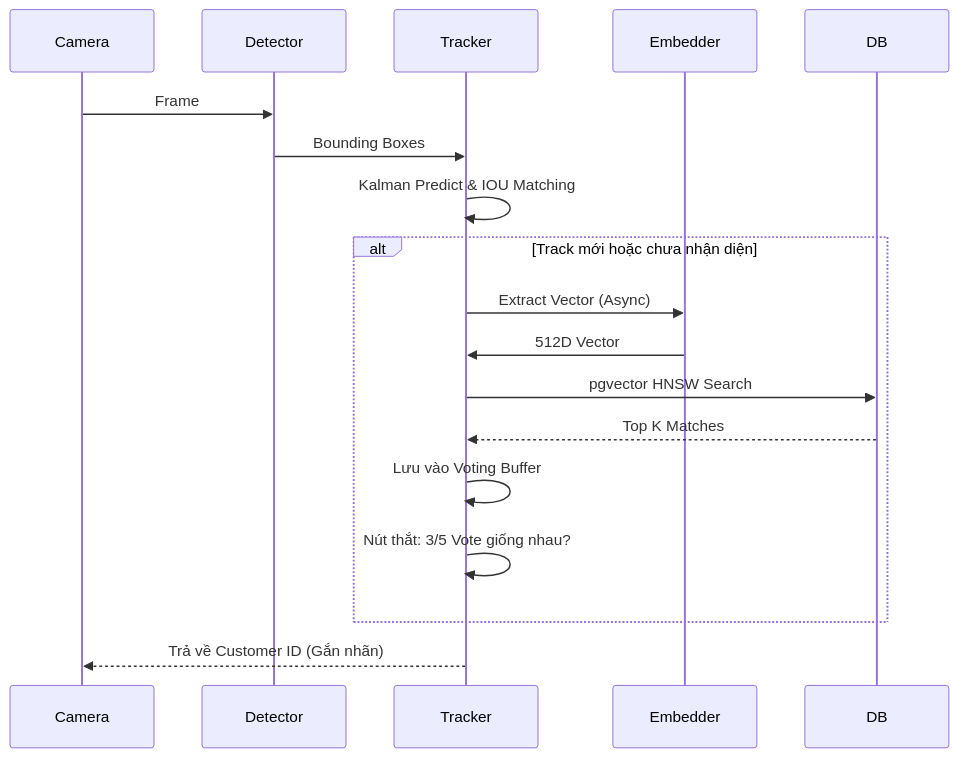
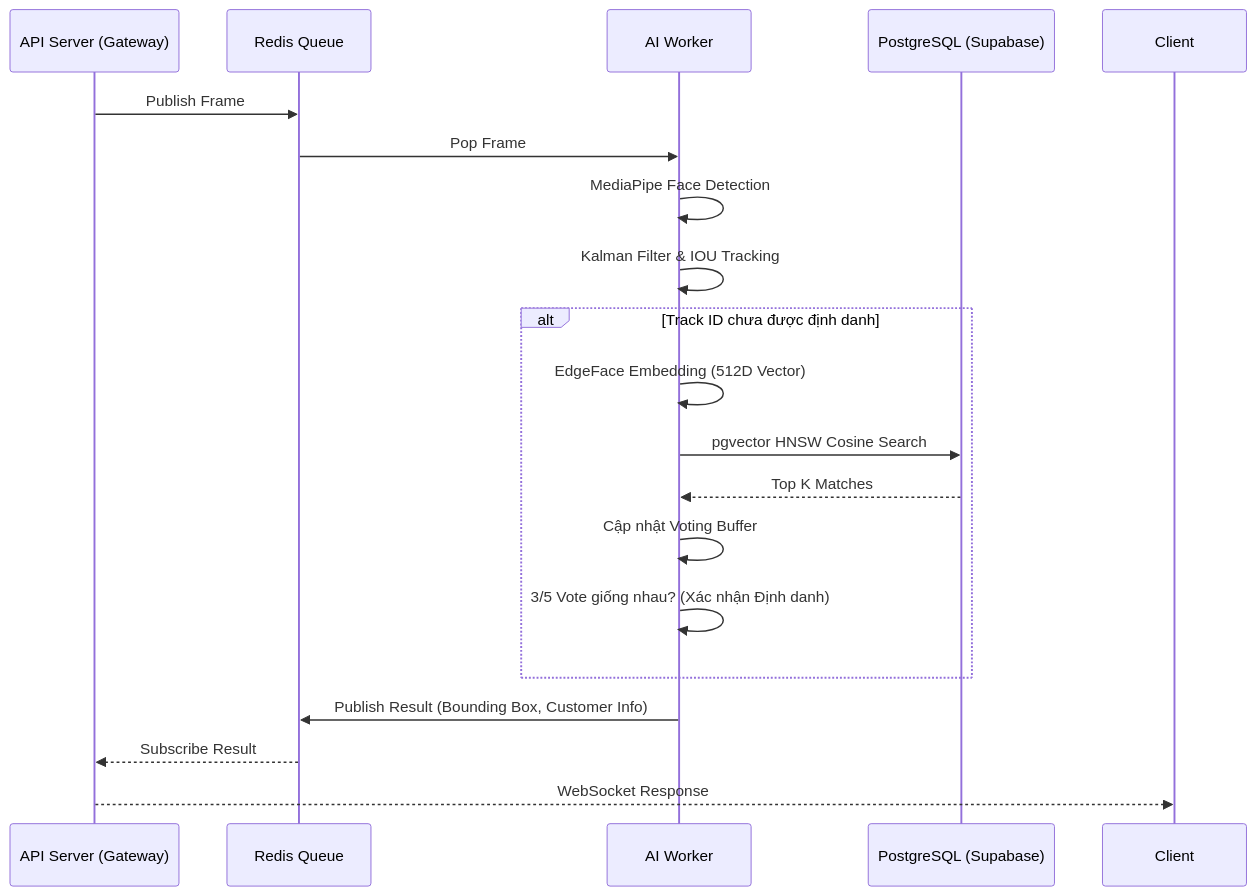
The diagram in docs/ai_pipeline.md (hotrungtruc/CustomerLens), drawn with Mermaid before and after one commit. The commit also changed other lines of this file and 6 other files, not shown here.

Commit message:
docs: update architecture, pipeline, and schema docs to reflect real-time production setup

````diff
--- a/docs/ai_pipeline.md
+++ b/docs/ai_pipeline.md
@@ -38,21 +46,24 @@
 ```mermaid
 sequenceDiagram
-    participant Camera
-    participant Detector
-    participant Tracker
-    participant Embedder
-    participant DB
+    participant API as API Server (Gateway)
+    participant Redis as Redis Queue
+    participant Worker as AI Worker
+    participant DB as PostgreSQL (Supabase)
 
-    Camera->>Detector: Frame
-    Detector->>Tracker: Bounding Boxes
-    Tracker->>Tracker: Kalman Predict & IOU Matching
-    alt Track mới hoặc chưa nhận diện
-        Tracker->>Embedder: Extract Vector (Async)
-        Embedder->>Tracker: 512D Vector
-        Tracker->>DB: pgvector HNSW Search
-        DB-->>Tracker: Top K Matches
-        Tracker->>Tracker: Lưu vào Voting Buffer
-        Tracker->>Tracker: Nút thắt: 3/5 Vote giống nhau?
+    API->>Redis: Publish Frame
+    Redis->>Worker: Pop Frame
+    Worker->>Worker: MediaPipe Face Detection
+    Worker->>Worker: Kalman Filter & IOU Tracking
+    
+    alt Track ID chưa được định danh
+        Worker->>Worker: EdgeFace Embedding (512D Vector)
+        Worker->>DB: pgvector HNSW Cosine Search
+        DB-->>Worker: Top K Matches
+        Worker->>Worker: Cập nhật Voting Buffer
+        Worker->>Worker: 3/5 Vote giống nhau? (Xác nhận Định danh)
     end
-    Tracker-->>Camera: Trả về Customer ID (Gắn nhãn)
+    
+    Worker->>Redis: Publish Result (Bounding Box, Customer Info)
+    Redis-->>API: Subscribe Result
+    API-->>Client: WebSocket Response
 ```
````
